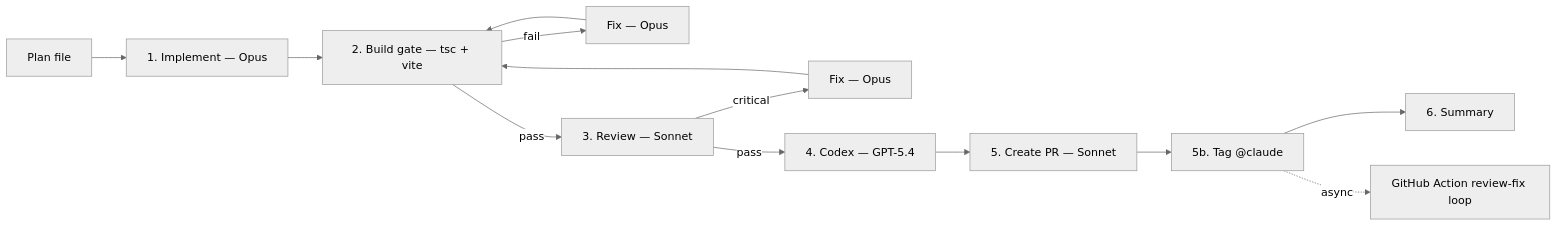
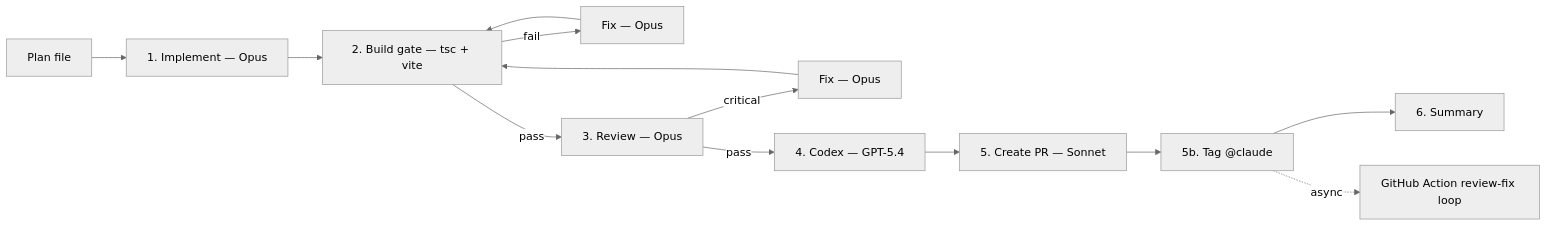
The second of 2 diagrams in README.md (ilsantino/iago-os), drawn with Mermaid (neutral theme) before and after one commit. The commit also changed other lines of this file and 2 other files, not shown here.

First line of the commit message:
fix(pipeline): upgrade review steps to opus

````diff
--- a/README.md
+++ b/README.md
@@ -247,15 +247,15 @@
 ```mermaid
 flowchart LR
     Plan[Plan file] --> Impl[1. Implement — Opus]
     Impl --> Build[2. Build gate — tsc + vite]
     Build -->|fail| Fix[Fix — Opus]
     Fix --> Build
-    Build -->|pass| Review[3. Review — Sonnet]
+    Build -->|pass| Review[3. Review — Opus]
     Review -->|critical| Fix2[Fix — Opus]
     Fix2 --> Build
     Review -->|pass| Codex[4. Codex — GPT-5.4]
     Codex --> PR[5. Create PR — Sonnet]
     PR --> Tag[5b. Tag @claude]
     Tag --> Summary[6. Summary]
     Tag -.->|async| GHA[GitHub Action review-fix loop]
 ```
````
